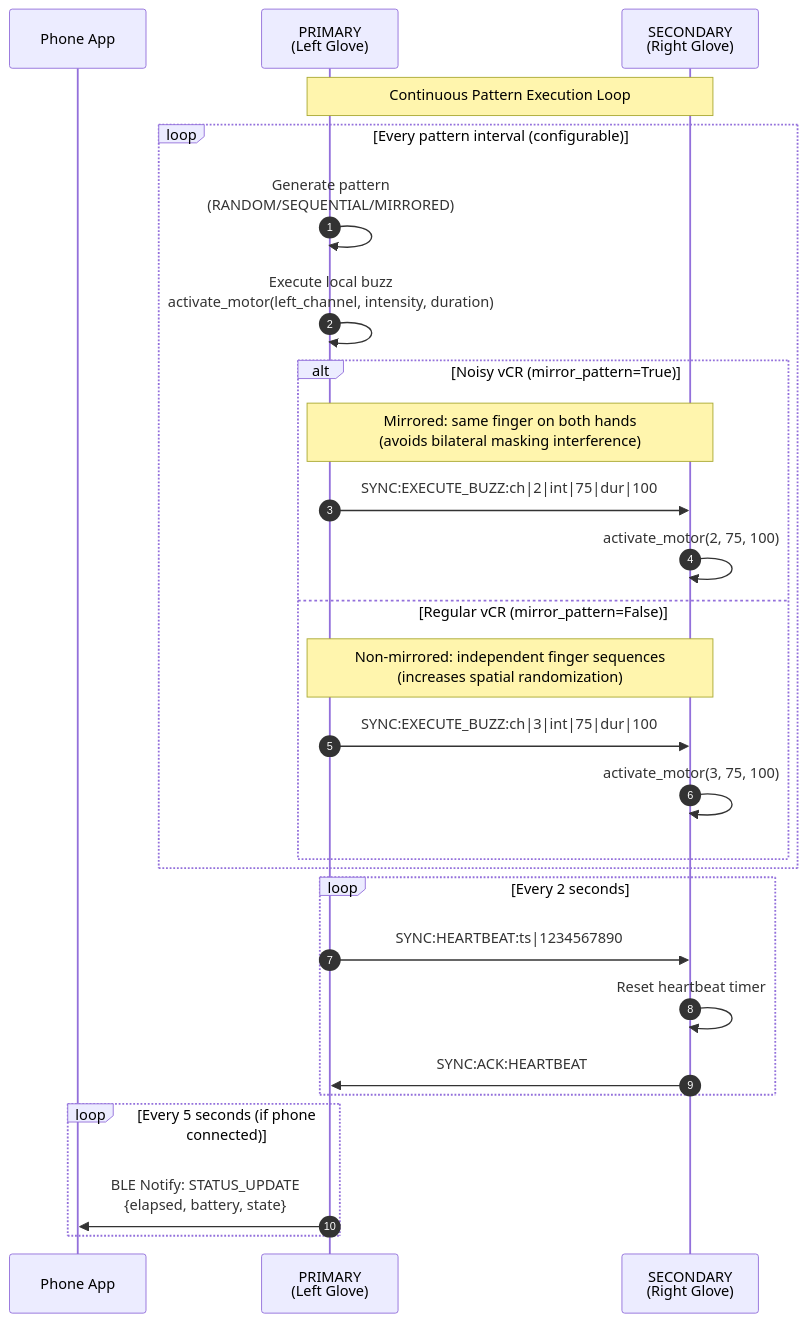
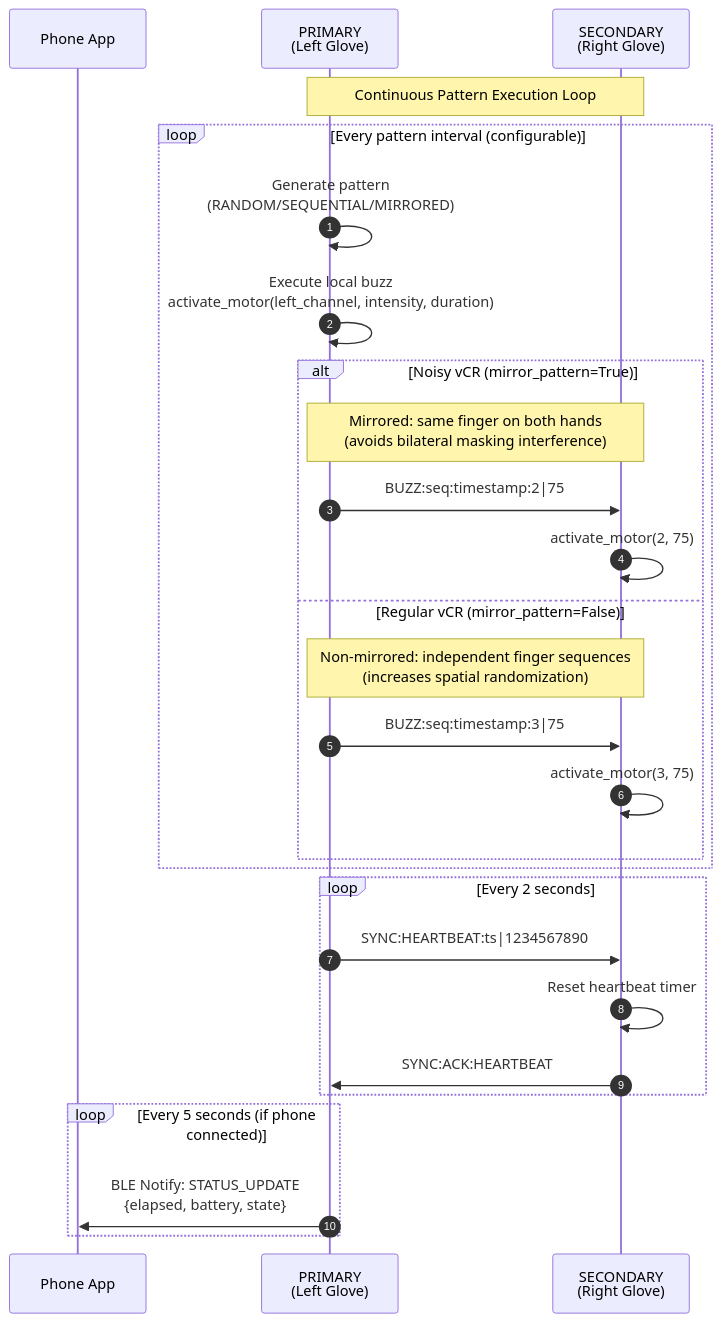
The fifth of 11 diagrams in docs/STATE_DIAGRAM.md (BlueBuzzah/BlueBuzzah2-Firmware), drawn with Mermaid before and after one commit. The commit also changed other lines of this file and 11 other files, not shown here.

````diff
--- a/docs/STATE_DIAGRAM.md
+++ b/docs/STATE_DIAGRAM.md
@@ -210,35 +210,35 @@
 ```mermaid
 sequenceDiagram
     autonumber
     participant Phone as Phone App
     participant PRIMARY as PRIMARY<br/>(Left Glove)
     participant SECONDARY as SECONDARY<br/>(Right Glove)
 
     Note over PRIMARY,SECONDARY: Continuous Pattern Execution Loop
 
     loop Every pattern interval (configurable)
         PRIMARY->>PRIMARY: Generate pattern<br/>(RANDOM/SEQUENTIAL/MIRRORED)
 
         PRIMARY->>PRIMARY: Execute local buzz<br/>activate_motor(left_channel, intensity, duration)
 
         alt Noisy vCR (mirror_pattern=True)
             Note over PRIMARY,SECONDARY: Mirrored: same finger on both hands<br/>(avoids bilateral masking interference)
-            PRIMARY->>SECONDARY: SYNC:EXECUTE_BUZZ:ch|2|int|75|dur|100
-            SECONDARY->>SECONDARY: activate_motor(2, 75, 100)
+            PRIMARY->>SECONDARY: BUZZ:seq:timestamp:2|75
+            SECONDARY->>SECONDARY: activate_motor(2, 75)
         else Regular vCR (mirror_pattern=False)
             Note over PRIMARY,SECONDARY: Non-mirrored: independent finger sequences<br/>(increases spatial randomization)
-            PRIMARY->>SECONDARY: SYNC:EXECUTE_BUZZ:ch|3|int|75|dur|100
-            SECONDARY->>SECONDARY: activate_motor(3, 75, 100)
+            PRIMARY->>SECONDARY: BUZZ:seq:timestamp:3|75
+            SECONDARY->>SECONDARY: activate_motor(3, 75)
         end
     end
 
     loop Every 2 seconds
         PRIMARY->>SECONDARY: SYNC:HEARTBEAT:ts|1234567890
         SECONDARY->>SECONDARY: Reset heartbeat timer
         SECONDARY->>PRIMARY: SYNC:ACK:HEARTBEAT
     end
 
     loop Every 5 seconds (if phone connected)
         PRIMARY->>Phone: BLE Notify: STATUS_UPDATE<br/>{elapsed, battery, state}
     end
 ```
````
